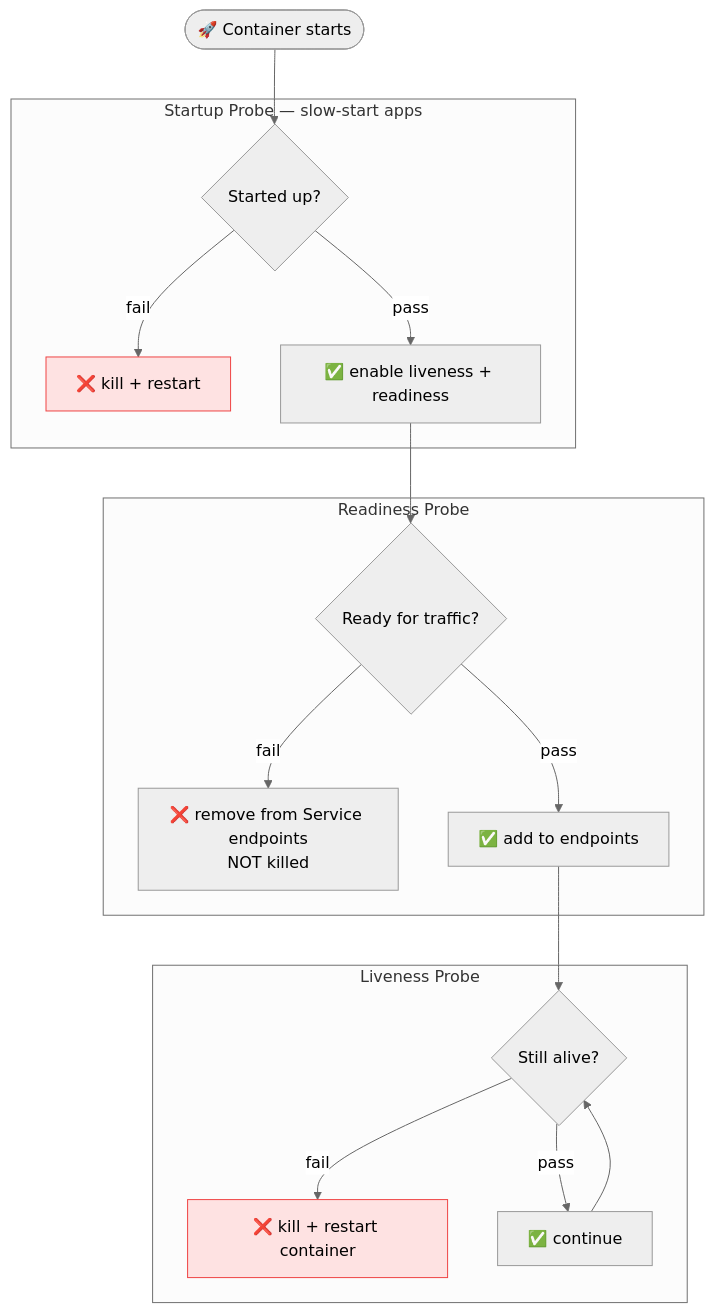
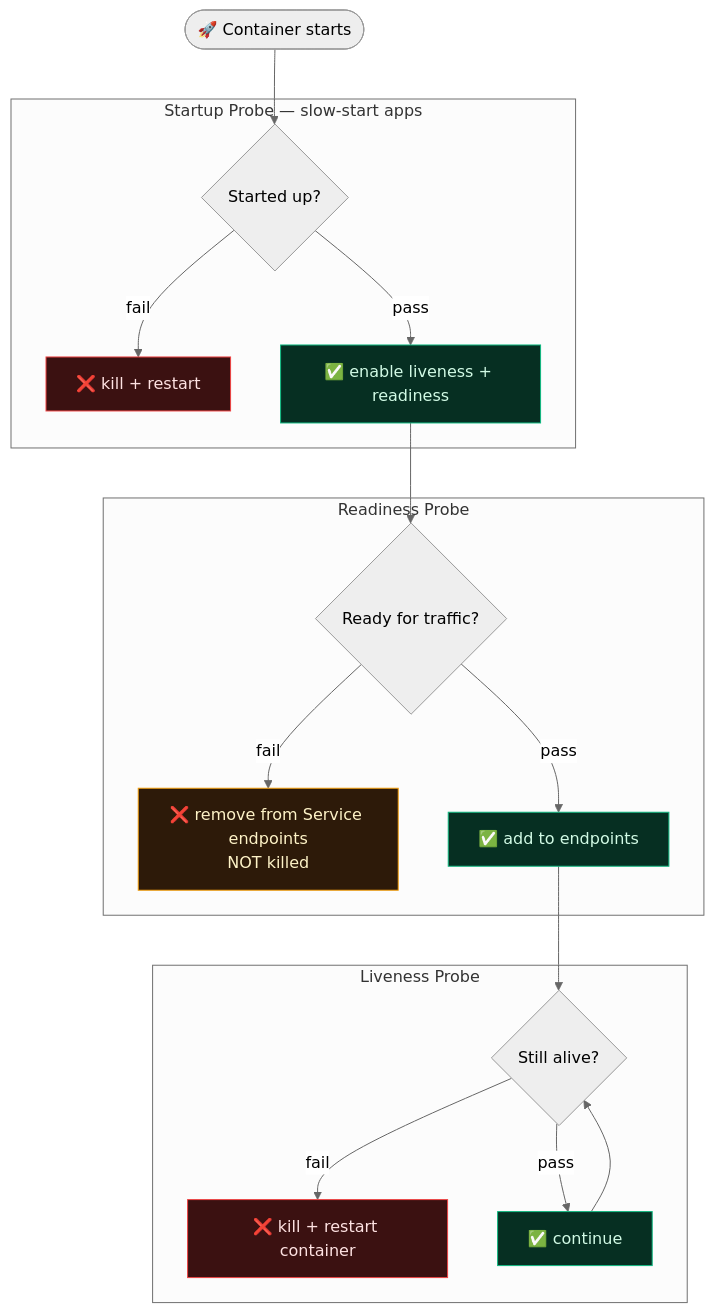
The diagram in content/cka/application-lifecycle/self-healing-probes/self-healing-probes.md (Gautam4424/k8slearn-content), drawn with Mermaid (neutral theme) before and after one commit. The commit also changed 1 other file, not shown here.

Commit message:
style(cka/diagrams): fix color coding and text contrast in configmaps-secrets and self-healing-probes diagrams

````diff
--- a/content/cka/application-lifecycle/self-healing-probes/self-healing-probes.md
+++ b/content/cka/application-lifecycle/self-healing-probes/self-healing-probes.md
@@ -15,33 +15,37 @@
 ```mermaid
 flowchart TD
     START(["🚀 Container starts"])
 
     subgraph STARTUP["Startup Probe — slow-start apps"]
         SP{"Started up?"}
         SP_FAIL["❌ kill + restart"]
         SP_OK["✅ enable liveness + readiness"]
     end
 
     subgraph READY["Readiness Probe"]
         RP{"Ready for traffic?"}
         RP_FAIL["❌ remove from Service endpoints\nNOT killed"]
         RP_OK["✅ add to endpoints"]
     end
 
     subgraph LIVE["Liveness Probe"]
         LP{"Still alive?"}
         LP_FAIL["❌ kill + restart container"]
         LP_OK["✅ continue"]
     end
 
     START --> SP
     SP -->|fail| SP_FAIL
     SP -->|pass| SP_OK --> RP
     RP -->|fail| RP_FAIL
     RP -->|pass| RP_OK --> LP
     LP -->|fail| LP_FAIL
     LP -->|pass| LP_OK --> LP
 
-    style SP_FAIL fill:#fee2e2,stroke:#ef4444
-    style LP_FAIL fill:#fee2e2,stroke:#ef4444
+    style SP_FAIL fill:#3b1111,stroke:#ef4444,color:#fee2e2
+    style LP_FAIL fill:#3b1111,stroke:#ef4444,color:#fee2e2
+    style RP_FAIL fill:#2d1a09,stroke:#f59e0b,color:#fef3c7
+    style SP_OK fill:#062f22,stroke:#10b981,color:#d1fae5
+    style RP_OK fill:#062f22,stroke:#10b981,color:#d1fae5
+    style LP_OK fill:#062f22,stroke:#10b981,color:#d1fae5
 ```
````
